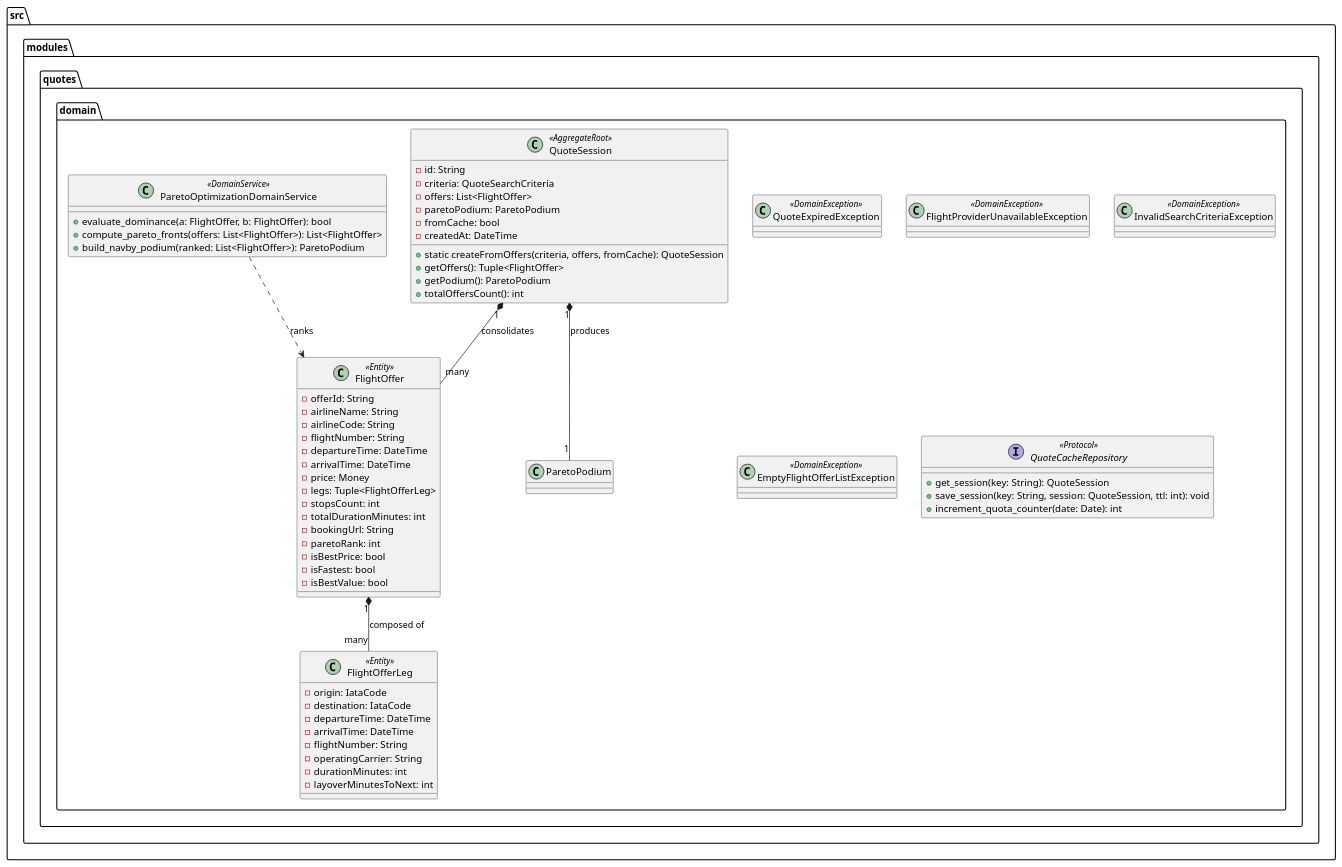
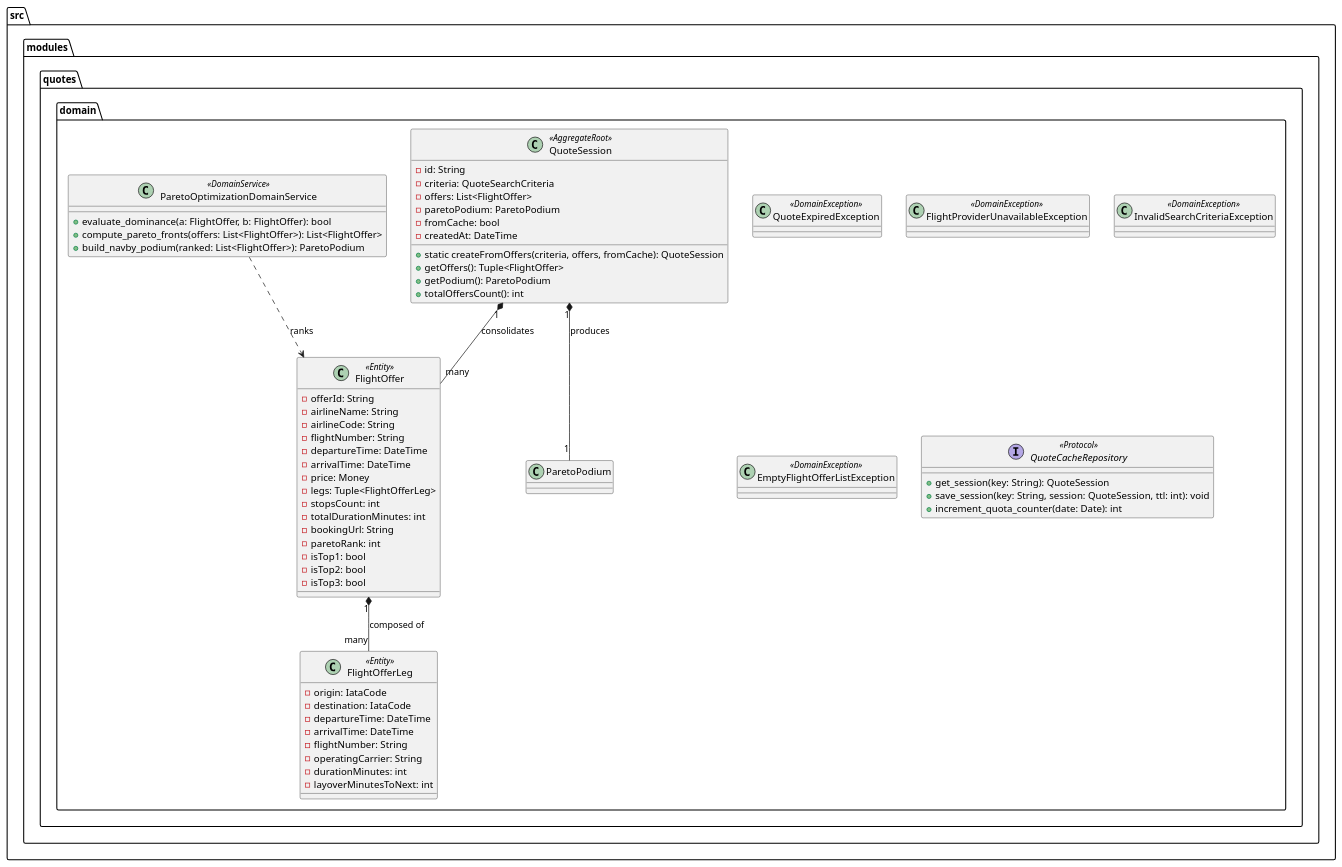
The fifth of 16 diagrams in docs/backend-documentation/navby-backend-tactical-specification.md (upc-pre-202620-1acc0184-4834-andeva/navby-report), drawn with PlantUML before and after one commit. The commit also changed other lines of this file and 16 other files, not shown here.

````diff
--- a/docs/backend-documentation/navby-backend-tactical-specification.md
+++ b/docs/backend-documentation/navby-backend-tactical-specification.md
@@ -1098,69 +1098,69 @@
 ```plantuml
 @startuml
 package "src.modules.quotes.domain" {
     class QuoteSession <<AggregateRoot>> {
         - id: String
         - criteria: QuoteSearchCriteria
         - offers: List<FlightOffer>
         - paretoPodium: ParetoPodium
         - fromCache: bool
         - createdAt: DateTime
         + static createFromOffers(criteria, offers, fromCache): QuoteSession
         + getOffers(): Tuple<FlightOffer>
         + getPodium(): ParetoPodium
         + totalOffersCount(): int
     }
 
     class FlightOffer <<Entity>> {
         - offerId: String
         - airlineName: String
         - airlineCode: String
         - flightNumber: String
         - departureTime: DateTime
         - arrivalTime: DateTime
         - price: Money
         - legs: Tuple<FlightOfferLeg>
         - stopsCount: int
         - totalDurationMinutes: int
         - bookingUrl: String
         - paretoRank: int
-        - isBestPrice: bool
-        - isFastest: bool
-        - isBestValue: bool
+        - isTop1: bool
+        - isTop2: bool
+        - isTop3: bool
     }
 
     class FlightOfferLeg <<Entity>> {
         - origin: IataCode
         - destination: IataCode
         - departureTime: DateTime
         - arrivalTime: DateTime
         - flightNumber: String
         - operatingCarrier: String
         - durationMinutes: int
         - layoverMinutesToNext: int
     }
 
     class ParetoOptimizationDomainService <<DomainService>> {
         + evaluate_dominance(a: FlightOffer, b: FlightOffer): bool
         + compute_pareto_fronts(offers: List<FlightOffer>): List<FlightOffer>
         + build_navby_podium(ranked: List<FlightOffer>): ParetoPodium
     }
 
     class QuoteExpiredException <<DomainException>>
     class FlightProviderUnavailableException <<DomainException>>
     class InvalidSearchCriteriaException <<DomainException>>
     class EmptyFlightOfferListException <<DomainException>>
 
     interface QuoteCacheRepository <<Protocol>> {
         + get_session(key: String): QuoteSession
         + save_session(key: String, session: QuoteSession, ttl: int): void
         + increment_quota_counter(date: Date): int
     }
 
     QuoteSession "1" *-- "many" FlightOffer : consolidates
     FlightOffer "1" *-- "many" FlightOfferLeg : composed of
     ParetoOptimizationDomainService ..> FlightOffer : ranks
     QuoteSession "1" *-- "1" ParetoPodium : produces
 }
 @enduml
 ```
````
